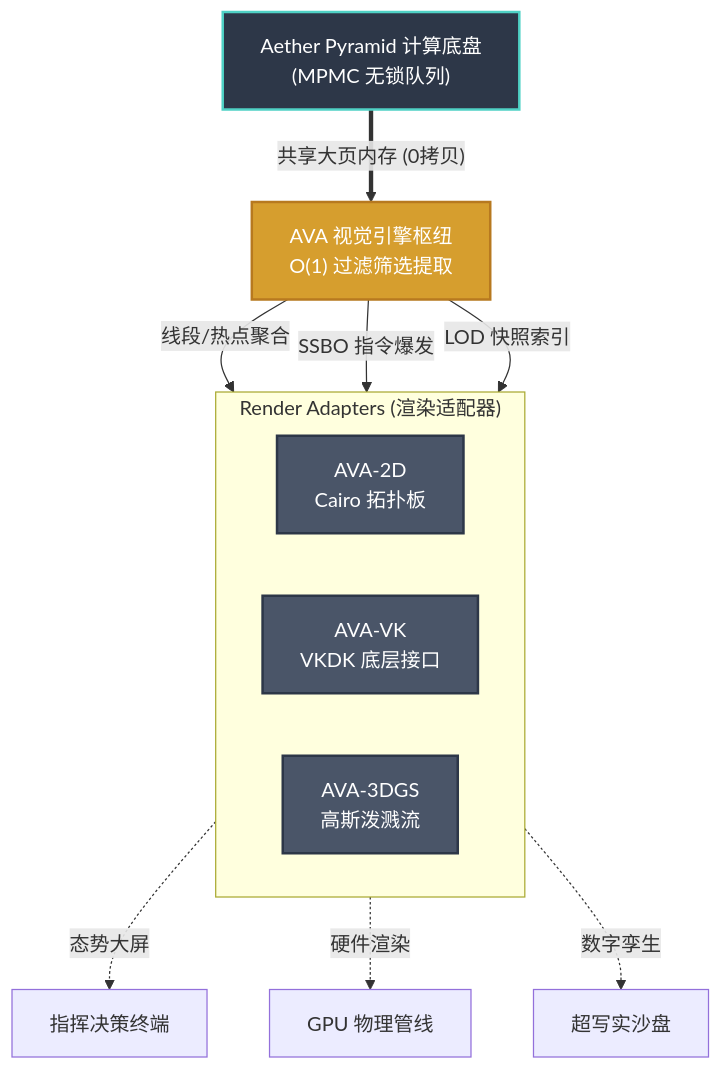
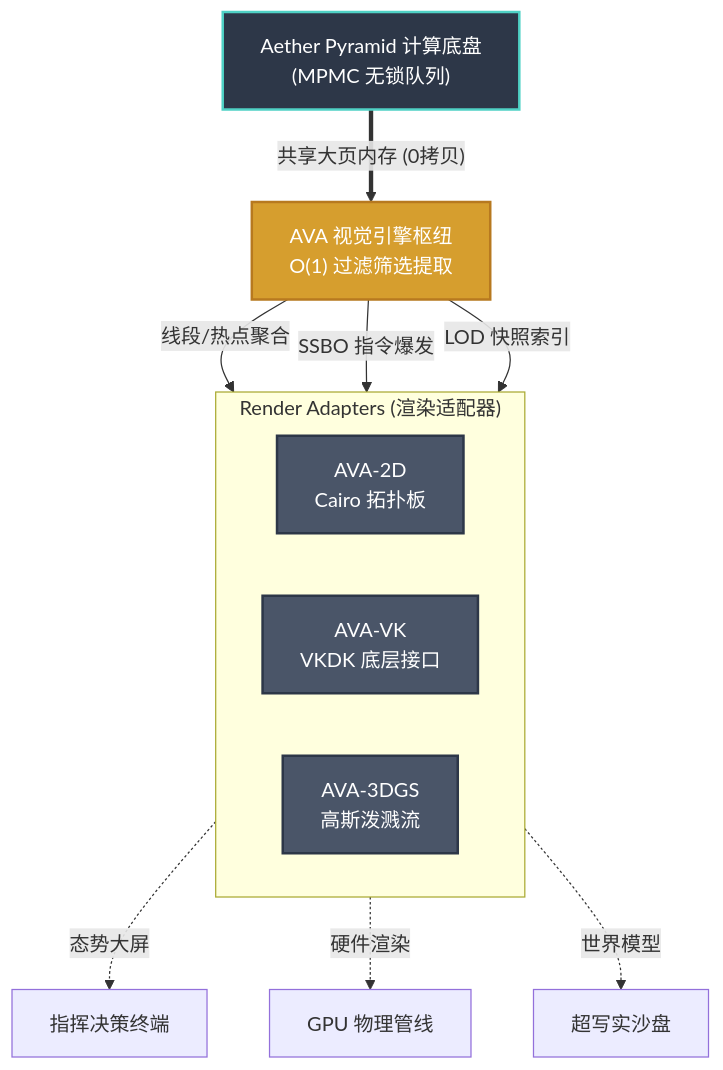
Before and after one commit to mapcarto/aether: the first of 2 diagrams in docs/06_service_and_toolchains/02_ava_visualization/index.md, drawn with Mermaid. The commit also changed other lines of this file and 37 other files, not shown here.

````diff
--- a/docs/06_service_and_toolchains/02_ava_visualization/index.md
+++ b/docs/06_service_and_toolchains/02_ava_visualization/index.md
@@ -11,26 +11,26 @@
 ```mermaid
 flowchart TD
     classDef engine fill:#2d3748,stroke:#4fd1c5,stroke-width:2px,color:#fff
     classDef ava fill:#d69e2e,stroke:#b7791f,stroke-width:2px,color:#fff
     classDef render fill:#4a5568,stroke:#2d3748,stroke-width:2px,color:#fff
 
     AP["Aether Pyramid 计算底盘<br/>(MPMC 无锁队列)"]:::engine
     AVA_CORE["AVA 视觉引擎枢纽<br/>O(1) 过滤筛选提取"]:::ava
     
     AP == "共享大页内存 (0拷贝)" ==> AVA_CORE
     
     subgraph "Render Adapters (渲染适配器)"
         direction LR
         R_2D["AVA-2D<br/>Cairo 拓扑板"]:::render
         R_VK["AVA-VK<br/>VKDK 底层接口"]:::render
         R_GS["AVA-3DGS<br/>高斯泼溅流"]:::render
     end
     
     AVA_CORE -->|"线段/热点聚合"| R_2D
     AVA_CORE -->|"SSBO 指令爆发"| R_VK
     AVA_CORE -->|"LOD 快照索引"| R_GS
     
     R_2D -.->|"态势大屏"| UI["指挥决策终端"]
     R_VK -.->|"硬件渲染"| GPU["GPU 物理管线"]
-    R_GS -.->|"数字孪生"| TWIN["超写实沙盘"]
+    R_GS -.->|"世界模型"| TWIN["超写实沙盘"]
 ```
````
